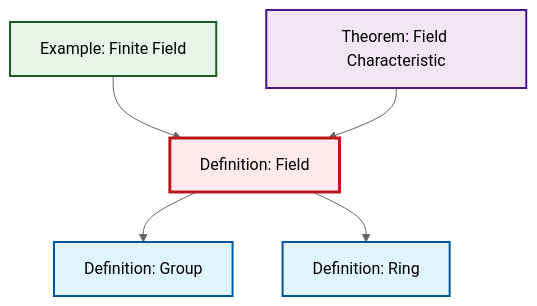
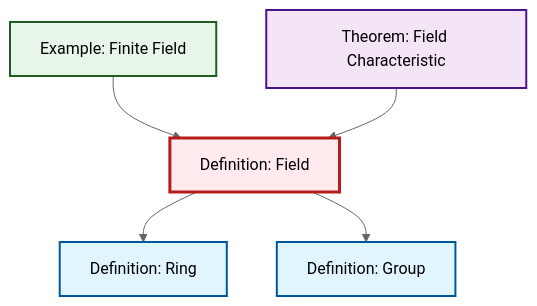
One commit to RK0429/ModernMath changed the diagram in output/mermaid/def-field.mermaid. Above: the diagram before and after it, drawn with Mermaid (neutral theme). The commit also changed other lines of this file and 84 other files, not shown here.

````diff
--- a/output/mermaid/def-field.mermaid
+++ b/output/mermaid/def-field.mermaid
@@ -1,19 +1,19 @@
 ```{mermaid}
 %%| fig-cap: "Local dependency graph"
 graph TD
     classDef definition fill:#e1f5fe,stroke:#01579b,stroke-width:2px
     classDef theorem fill:#f3e5f5,stroke:#4a148c,stroke-width:2px
     classDef axiom fill:#fff3e0,stroke:#e65100,stroke-width:2px
     classDef example fill:#e8f5e9,stroke:#1b5e20,stroke-width:2px
     classDef current fill:#ffebee,stroke:#b71c1c,stroke-width:3px
-    def-ring["Definition: Ring"]:::definition
+    ex-finite-field["Example: Finite Field"]:::example
     def-group["Definition: Group"]:::definition
     def-field["Definition: Field"]:::definition
     thm-field-characteristic["Theorem: Field Characteristic"]:::theorem
-    ex-finite-field["Example: Finite Field"]:::example
+    def-ring["Definition: Ring"]:::definition
+    def-field --> def-ring
     def-field --> def-group
     ex-finite-field --> def-field
     thm-field-characteristic --> def-field
-    def-field --> def-ring
     class def-field current
 ```
````
